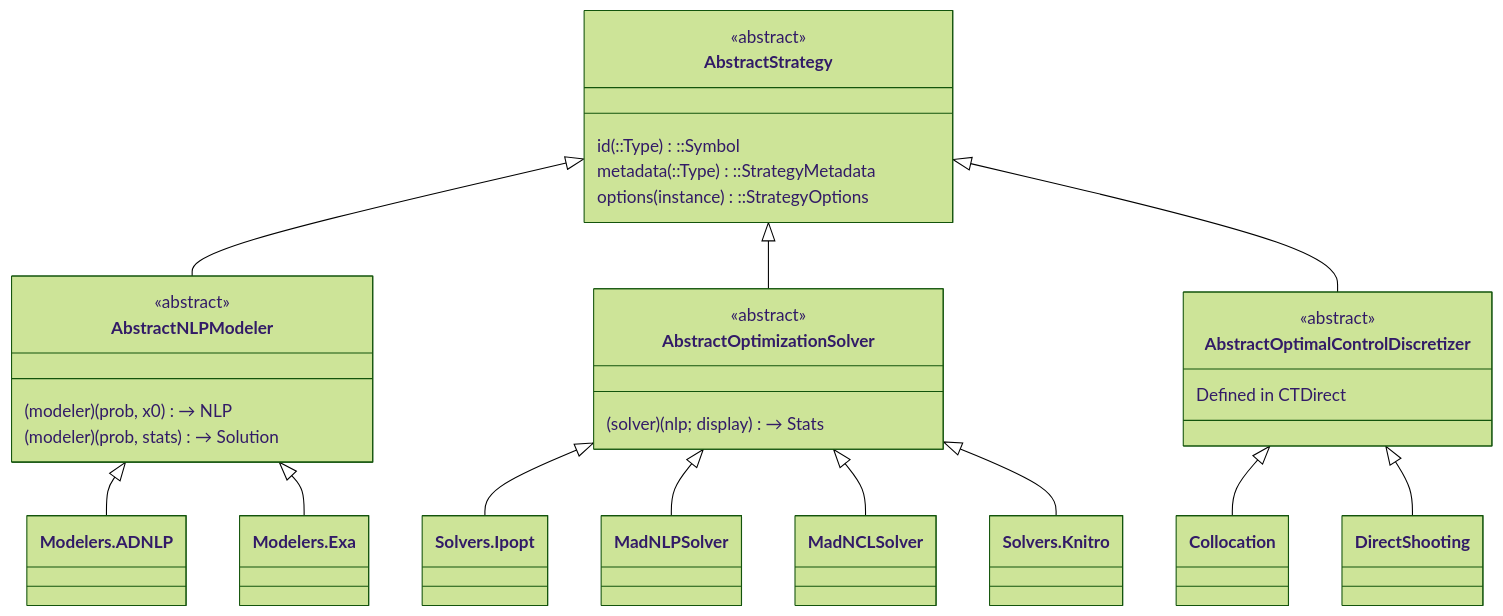
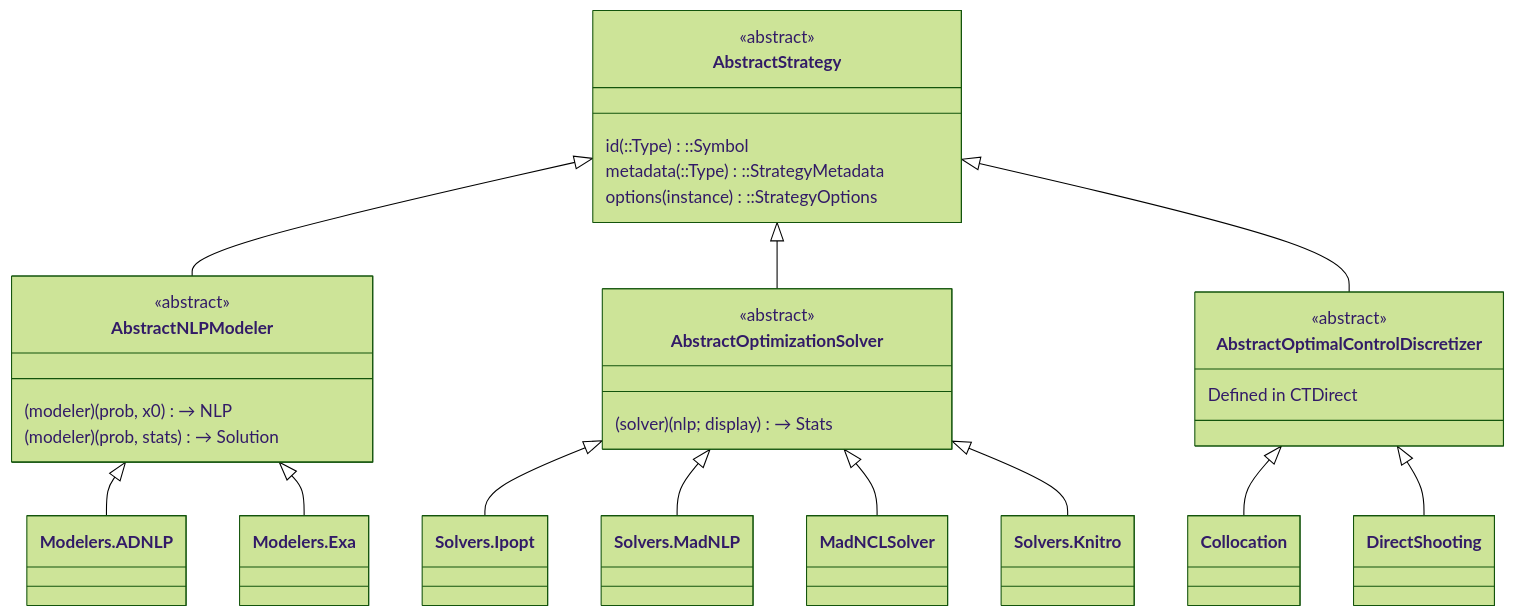
Before and after one commit to control-toolbox/CTSolvers.jl: the first of 6 diagrams in docs/src/architecture.md, drawn with Mermaid (forest theme). The commit also changed other lines of this file and 57 other files, not shown here.

First line of the commit message:
Refactor solver naming: MadNLPSolver → MadNLP

````diff
--- a/docs/src/architecture.md
+++ b/docs/src/architecture.md
@@ -44,38 +44,38 @@
 ```mermaid
 classDiagram
     direction TB
     class AbstractStrategy {
         <<abstract>>
         id(::Type)::Symbol
         metadata(::Type)::StrategyMetadata
         options(instance)::StrategyOptions
     }
 
     AbstractStrategy <|-- AbstractNLPModeler
     AbstractStrategy <|-- AbstractOptimizationSolver
     AbstractStrategy <|-- AbstractOptimalControlDiscretizer
 
     class AbstractNLPModeler {
         <<abstract>>
         (modeler)(prob, x0) → NLP
         (modeler)(prob, stats) → Solution
     }
     AbstractNLPModeler <|-- Modelers.ADNLP
     AbstractNLPModeler <|-- Modelers.Exa
 
     class AbstractOptimizationSolver {
         <<abstract>>
         (solver)(nlp; display) → Stats
     }
     AbstractOptimizationSolver <|-- Solvers.Ipopt
-    AbstractOptimizationSolver <|-- MadNLPSolver
+    AbstractOptimizationSolver <|-- Solvers.MadNLP
     AbstractOptimizationSolver <|-- MadNCLSolver
     AbstractOptimizationSolver <|-- Solvers.Knitro
 
     class AbstractOptimalControlDiscretizer {
         <<abstract>>
         Defined in CTDirect
     }
     AbstractOptimalControlDiscretizer <|-- Collocation
     AbstractOptimalControlDiscretizer <|-- DirectShooting
 ```
````
